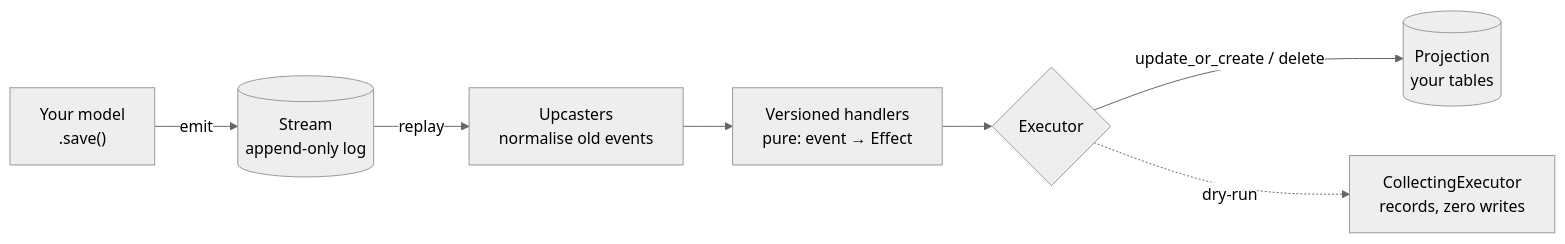
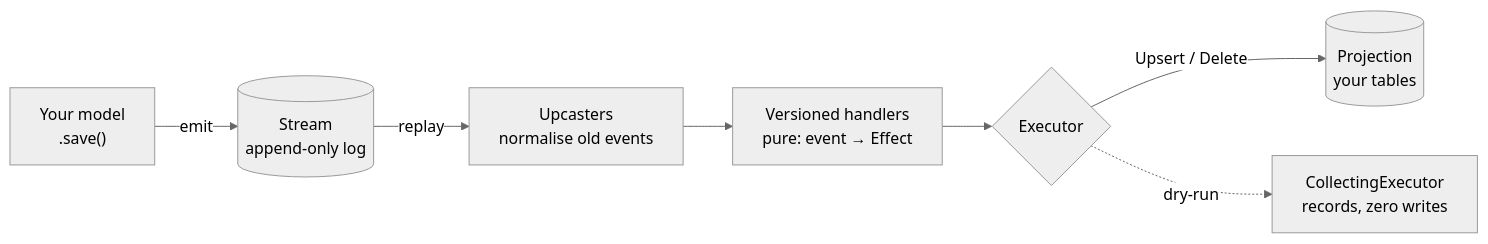
One commit to joshbrooks/rakaia changed the diagram in docs/examples.md. Above: the diagram before and after it, drawn with Mermaid (neutral theme). The commit also changed other lines of this file and 81 other files, not shown here.

````diff
--- a/docs/examples.md
+++ b/docs/examples.md
@@ -42,9 +42,9 @@
 ```mermaid
 flowchart LR
   W["Your model<br/>.save()"] -->|emit| S[("Stream<br/>append-only log")]
   S -->|replay| U["Upcasters<br/>normalise old events"]
   U --> H["Versioned handlers<br/>pure: event → Effect"]
   H --> X{Executor}
-  X -->|"update_or_create / delete"| P[("Projection<br/>your tables")]
+  X -->|"Upsert / Delete"| P[("Projection<br/>your tables")]
   X -.->|dry-run| C["CollectingExecutor<br/>records, zero writes"]
 ```
````
